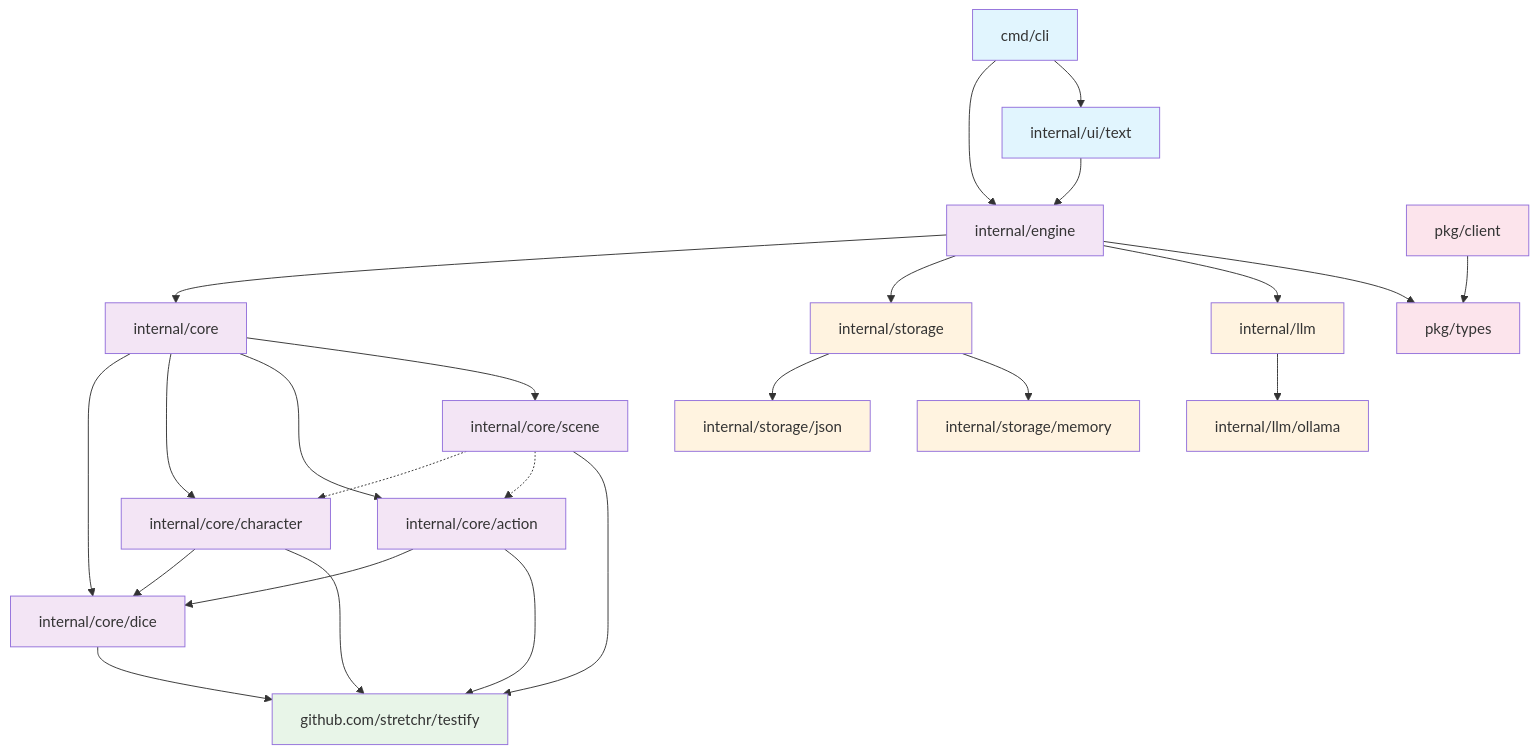
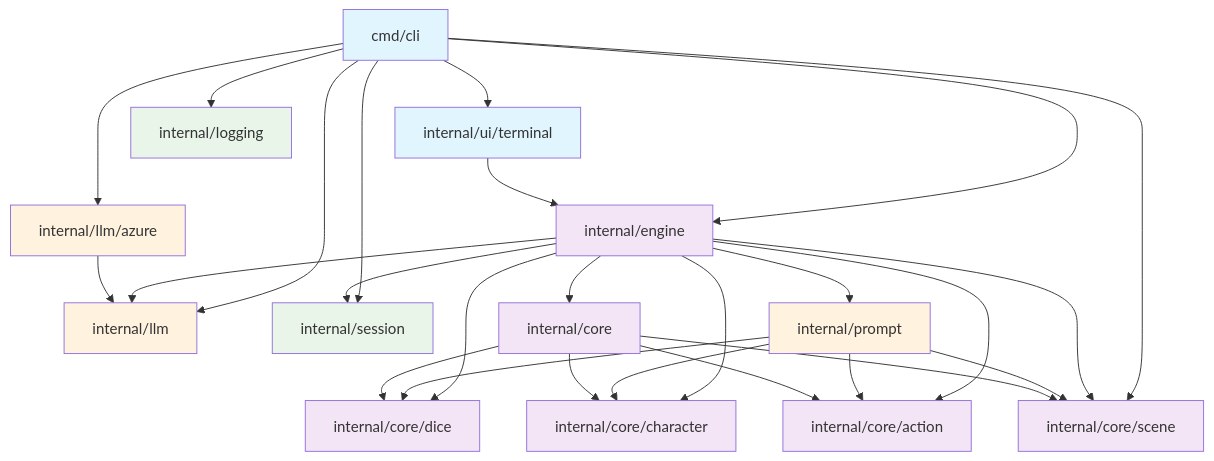
The diagram in docs/architecture.md (C-Ross/LlamaOfFate), drawn with Mermaid before and after one commit. The commit also changed 3 other files, not shown here.

First line of the commit message:
Fix stale paths in skills, instructions, and architecture docs

````diff
--- a/docs/architecture.md
+++ b/docs/architecture.md
@@ -5,56 +5,53 @@
 ```mermaid
 graph TB
     %% Entry Points
     CLI[cmd/cli] --> Engine[internal/engine]
-    CLI --> TextUI[internal/ui/text]
-    
+    CLI --> TerminalUI[internal/ui/terminal]
+    CLI --> LLM[internal/llm]
+    CLI --> Azure[internal/llm/azure]
+    CLI --> Logging[internal/logging]
+    CLI --> Session[internal/session]
+    CLI --> Scene[internal/core/scene]
+
+    %% UI Dependencies
+    TerminalUI --> Engine
+
     %% Engine Dependencies
+    Engine --> Prompt[internal/prompt]
+    Engine --> LLM
+    Engine --> Session
     Engine --> Core[internal/core]
-    Engine --> Storage[internal/storage]
-    Engine --> LLM[internal/llm]
-    
-    %% UI Dependencies
-    TextUI --> Engine
-    
+    Engine --> Dice[internal/core/dice]
+    Engine --> Character[internal/core/character]
+    Engine --> Action[internal/core/action]
+    Engine --> Scene
+
+    %% Prompt Dependencies
+    Prompt --> Scene
+    Prompt --> Character
+    Prompt --> Action
+    Prompt --> Dice
+
+    %% LLM Implementations
+    Azure --> LLM
+
     %% Core Package Internal Dependencies
-    Core --> Dice[internal/core/dice]
-    Core --> Character[internal/core/character]
-    Core --> Action[internal/core/action]
-    Core --> Scene[internal/core/scene]
-    
-    %% Internal Core Dependencies
-    Character --> Dice
-    Action --> Dice
-    Scene -.-> Character
-    Scene -.-> Action
-    
-    %% Storage Implementations
-    Storage --> JSON[internal/storage/json]
-    Storage --> Memory[internal/storage/memory]
-    
-    %% LLM Implementations
-    LLM --> Ollama[internal/llm/ollama]
-    
-    %% Public API (Future)
-    Engine --> PkgTypes[pkg/types]
-    Client[pkg/client] --> PkgTypes
-    
-    %% External Dependencies
-    Dice --> TestifyPkg[github.com/stretchr/testify]
-    Character --> TestifyPkg
-    Action --> TestifyPkg
-    Scene --> TestifyPkg
-    
+    Core --> Dice
+    Core --> Character
+    Core --> Action
+    Core --> Scene
+
+    %% Leaf Packages (no internal deps)
+
     %% Styling
     classDef entryPoint fill:#e1f5fe
     classDef core fill:#f3e5f5
     classDef infrastructure fill:#fff3e0
     classDef external fill:#e8f5e8
-    classDef future fill:#fce4ec
-    
-    class CLI,TextUI entryPoint
+
+    class CLI,TerminalUI entryPoint
     class Engine,Core,Dice,Character,Action,Scene core
-    class Storage,JSON,Memory,LLM,Ollama infrastructure
-    class TestifyPkg external
-    class Client,PkgTypes future
+    class Prompt infrastructure
+    class LLM,Azure infrastructure
+    class Session,Logging external
 ```
````
